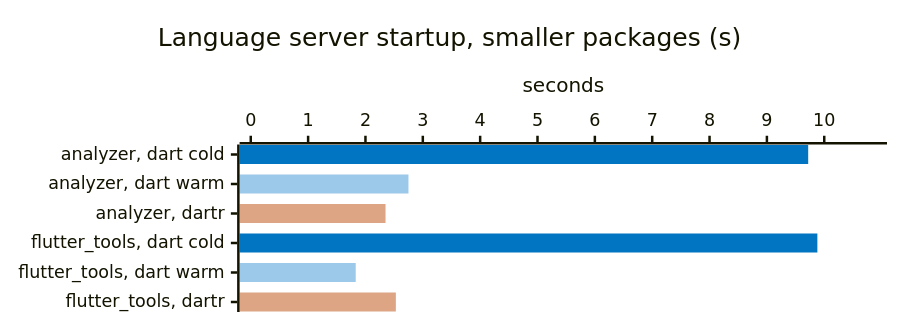
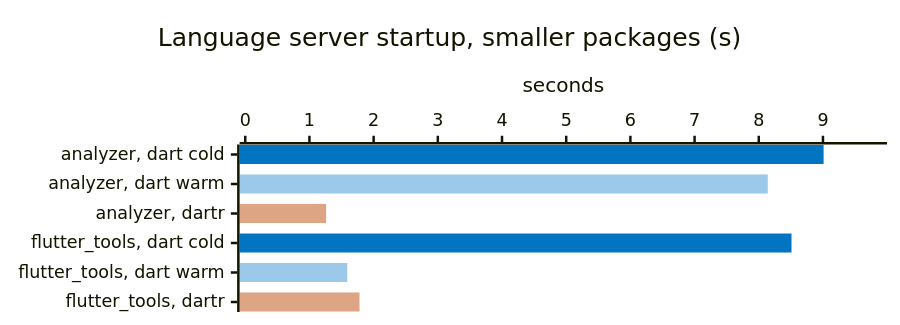
The fourth of 14 diagrams in docs/BENCHMARKS.md (orestesgaolin/dartr), drawn with Mermaid before and after one commit. The commit also changed other lines of this file and 1 other file, not shown here.

Commit message:
docs(bench): results after CPU round 5 and the plugin fix; charts updated

````diff
--- a/docs/BENCHMARKS.md
+++ b/docs/BENCHMARKS.md
@@ -78,18 +78,18 @@
 ```mermaid
 ---
 config:
   xyChart:
     height: 240
   themeVariables:
     xyChart:
       plotColorPalette: "#0175C2, #9CC8EA, #DEA584"
 ---
 xychart-beta horizontal
     %% -100 = no bar: one series per measurement gives each its own color
     title "Language server startup, smaller packages (s)"
     x-axis ["analyzer, dart cold", "analyzer, dart warm", "analyzer, dartr", "flutter_tools, dart cold", "flutter_tools, dart warm", "flutter_tools, dartr"]
-    y-axis "seconds" 0 --> 10.9
-    bar [9.72, -100, -100, 9.88, -100, -100]
-    bar [-100, 2.75, -100, -100, 1.83, -100]
-    bar [-100, -100, 2.35, -100, -100, 2.53]
+    y-axis "seconds" 0 --> 9.91
+    bar [9.01, -100, -100, 8.51, -100, -100]
+    bar [-100, 8.14, -100, -100, 1.59, -100]
+    bar [-100, -100, 1.26, -100, -100, 1.78]
 ```
````
